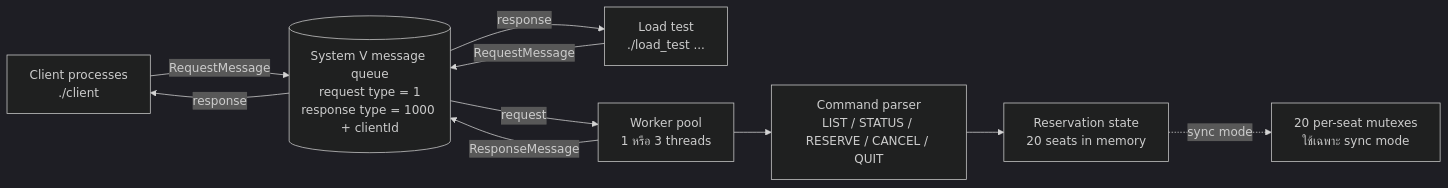
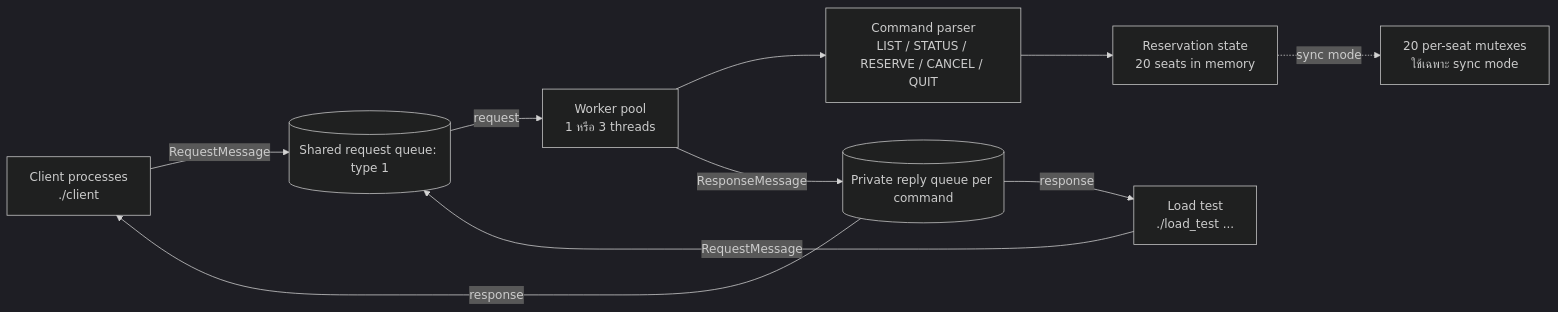
One commit to vixvify/airplane-booking changed the first of 5 diagrams in docs/architecture.md. Above: the diagram before and after it, drawn with Mermaid (dark theme). The commit also changed other lines of this file and 29 other files, not shown here.

````diff
--- a/docs/architecture.md
+++ b/docs/architecture.md
@@ -13,20 +13,21 @@
 ```mermaid
 flowchart LR
     Client["Client processes\n./client <client_id>"]
     LoadTest["Load test\n./load_test ..."]
-    Queue[("System V message queue\nrequest type = 1\nresponse type = 1000 + clientId")]
+    Queue[("Shared request queue: type 1")]
+    Replies[("Private reply queue per command")]
     Workers["Worker pool\n1 หรือ 3 threads"]
     Commands["Command parser\nLIST / STATUS / RESERVE / CANCEL / QUIT"]
     Reservation["Reservation state\n20 seats in memory"]
     Locks["20 per-seat mutexes\nใช้เฉพาะ sync mode"]
 
     Client -->|RequestMessage| Queue
     LoadTest -->|RequestMessage| Queue
     Queue -->|request| Workers
     Workers --> Commands
     Commands --> Reservation
     Reservation -. sync mode .-> Locks
-    Workers -->|ResponseMessage| Queue
-    Queue -->|response| Client
-    Queue -->|response| LoadTest
+    Workers -->|ResponseMessage| Replies
+    Replies -->|response| Client
+    Replies -->|response| LoadTest
 ```
````
